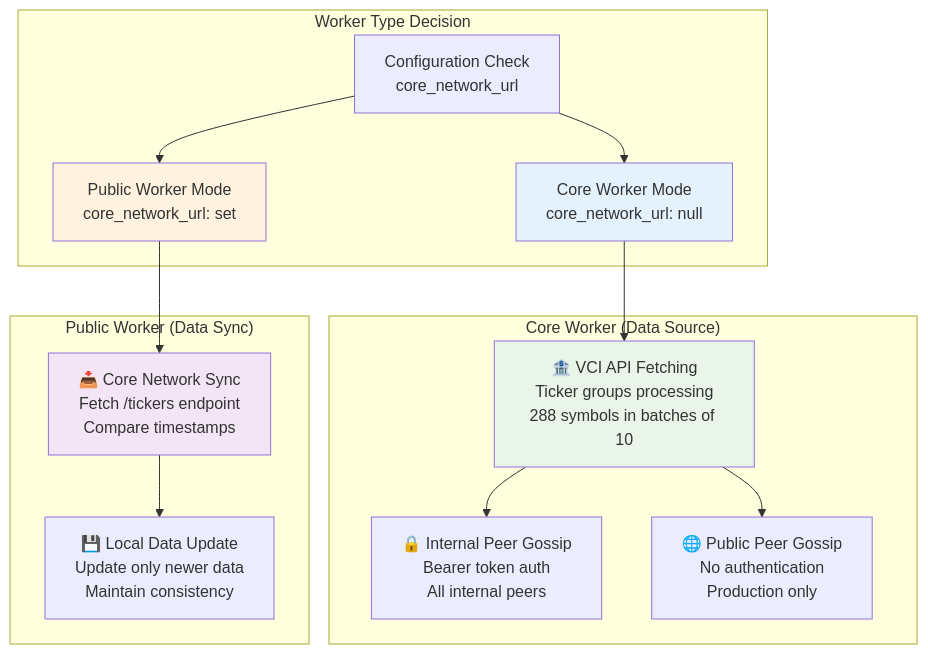
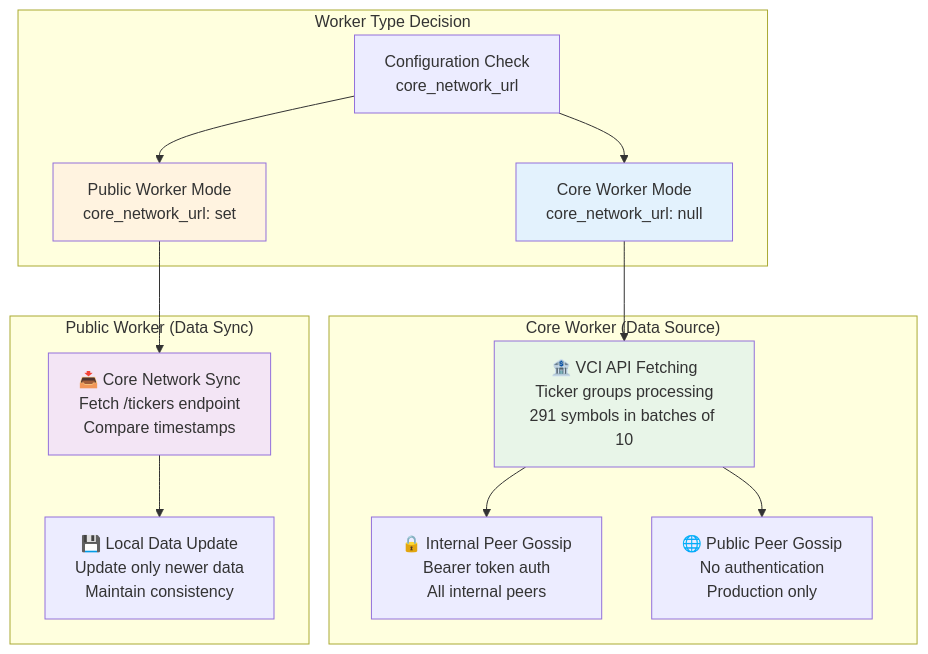
Before and after one commit to quanhua92/aipriceaction-proxy: the tenth of 17 diagrams in docs/README.md, drawn with Mermaid. The commit also changed other lines of this file and 5 other files, not shown here.

````diff
--- a/docs/README.md
+++ b/docs/README.md
@@ -890,32 +890,32 @@
 ```mermaid
 graph TB
     subgraph "Worker Type Decision"
         CONFIG[Configuration Check<br/>core_network_url]
         CORE_MODE[Core Worker Mode<br/>core_network_url: null]
         PUBLIC_MODE[Public Worker Mode<br/>core_network_url: set]
     end
     
     subgraph "Core Worker (Data Source)"
-        VCI_FETCH[🏦 VCI API Fetching<br/>Ticker groups processing<br/>288 symbols in batches of 10]
+        VCI_FETCH[🏦 VCI API Fetching<br/>Ticker groups processing<br/>291 symbols in batches of 10]
         INTERNAL_GOSSIP[🔒 Internal Peer Gossip<br/>Bearer token auth<br/>All internal peers]
         PUBLIC_GOSSIP[🌐 Public Peer Gossip<br/>No authentication<br/>Production only]
     end
     
     subgraph "Public Worker (Data Sync)"
         CORE_SYNC[📥 Core Network Sync<br/>Fetch /tickers endpoint<br/>Compare timestamps]
         LOCAL_UPDATE[💾 Local Data Update<br/>Update only newer data<br/>Maintain consistency]
     end
     
     CONFIG --> CORE_MODE
     CONFIG --> PUBLIC_MODE
     CORE_MODE --> VCI_FETCH
     VCI_FETCH --> INTERNAL_GOSSIP
     VCI_FETCH --> PUBLIC_GOSSIP
     PUBLIC_MODE --> CORE_SYNC
     CORE_SYNC --> LOCAL_UPDATE
     
     style CORE_MODE fill:#e3f2fd
     style PUBLIC_MODE fill:#fff3e0
     style VCI_FETCH fill:#e8f5e8
     style CORE_SYNC fill:#f3e5f5
 ```
````
